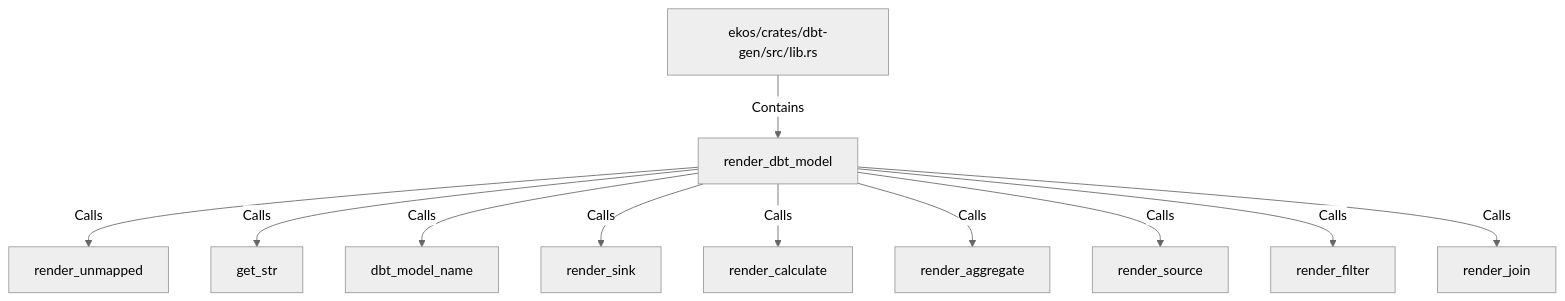
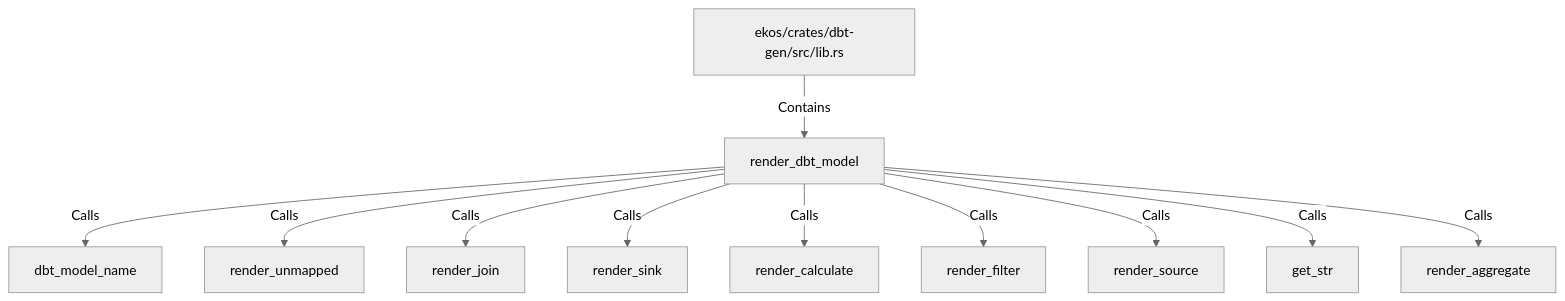
One commit to alexeyban/EKOS changed the diagram in doc/entities/rustsymbol/re/render-dbt-model.md. Above: the diagram before and after it, drawn with Mermaid (neutral theme). The commit also changed other lines of this file and 552 other files, not shown here.

````diff
--- a/doc/entities/rustsymbol/re/render-dbt-model.md
+++ b/doc/entities/rustsymbol/re/render-dbt-model.md
@@ -29,24 +29,24 @@
 ```mermaid
 graph TD
     n95ef686237ab54fa99de4e67f2dffd69["render_dbt_model"]
     n20d45ed0c411592d80346486682f898c["ekos/crates/dbt-gen/src/lib.rs"]
     n20d45ed0c411592d80346486682f898c -->|Contains| n95ef686237ab54fa99de4e67f2dffd69
+    n4e0e3bc6d2615d55a9da1bd8f3173cf8["dbt_model_name"]
+    n95ef686237ab54fa99de4e67f2dffd69 -->|Calls| n4e0e3bc6d2615d55a9da1bd8f3173cf8
     n130a2e4593d9563fb669b7e6e8bd7900["render_unmapped"]
     n95ef686237ab54fa99de4e67f2dffd69 -->|Calls| n130a2e4593d9563fb669b7e6e8bd7900
-    n92ef0b6b150b5f26bfbd07900bf340c8["get_str"]
-    n95ef686237ab54fa99de4e67f2dffd69 -->|Calls| n92ef0b6b150b5f26bfbd07900bf340c8
-    n4e0e3bc6d2615d55a9da1bd8f3173cf8["dbt_model_name"]
-    n95ef686237ab54fa99de4e67f2dffd69 -->|Calls| n4e0e3bc6d2615d55a9da1bd8f3173cf8
+    n38a7c3722ec45a38a5fd53f7c4bbf55c["render_join"]
+    n95ef686237ab54fa99de4e67f2dffd69 -->|Calls| n38a7c3722ec45a38a5fd53f7c4bbf55c
     nf037d176e9fa5caba531f7995e09727b["render_sink"]
     n95ef686237ab54fa99de4e67f2dffd69 -->|Calls| nf037d176e9fa5caba531f7995e09727b
     nb7519843e48d57b7ac816fdf21a72cdd["render_calculate"]
     n95ef686237ab54fa99de4e67f2dffd69 -->|Calls| nb7519843e48d57b7ac816fdf21a72cdd
+    n4976bdefe8ee5e029603fe82d738e9c7["render_filter"]
+    n95ef686237ab54fa99de4e67f2dffd69 -->|Calls| n4976bdefe8ee5e029603fe82d738e9c7
+    n02d30b9221135cbb8b2627374d4a83c9["render_source"]
+    n95ef686237ab54fa99de4e67f2dffd69 -->|Calls| n02d30b9221135cbb8b2627374d4a83c9
+    n92ef0b6b150b5f26bfbd07900bf340c8["get_str"]
+    n95ef686237ab54fa99de4e67f2dffd69 -->|Calls| n92ef0b6b150b5f26bfbd07900bf340c8
     nf5e3021531665317b596b7e4503b3607["render_aggregate"]
     n95ef686237ab54fa99de4e67f2dffd69 -->|Calls| nf5e3021531665317b596b7e4503b3607
-    n02d30b9221135cbb8b2627374d4a83c9["render_source"]
-    n95ef686237ab54fa99de4e67f2dffd69 -->|Calls| n02d30b9221135cbb8b2627374d4a83c9
-    n4976bdefe8ee5e029603fe82d738e9c7["render_filter"]
-    n95ef686237ab54fa99de4e67f2dffd69 -->|Calls| n4976bdefe8ee5e029603fe82d738e9c7
-    n38a7c3722ec45a38a5fd53f7c4bbf55c["render_join"]
-    n95ef686237ab54fa99de4e67f2dffd69 -->|Calls| n38a7c3722ec45a38a5fd53f7c4bbf55c
 ```
````
